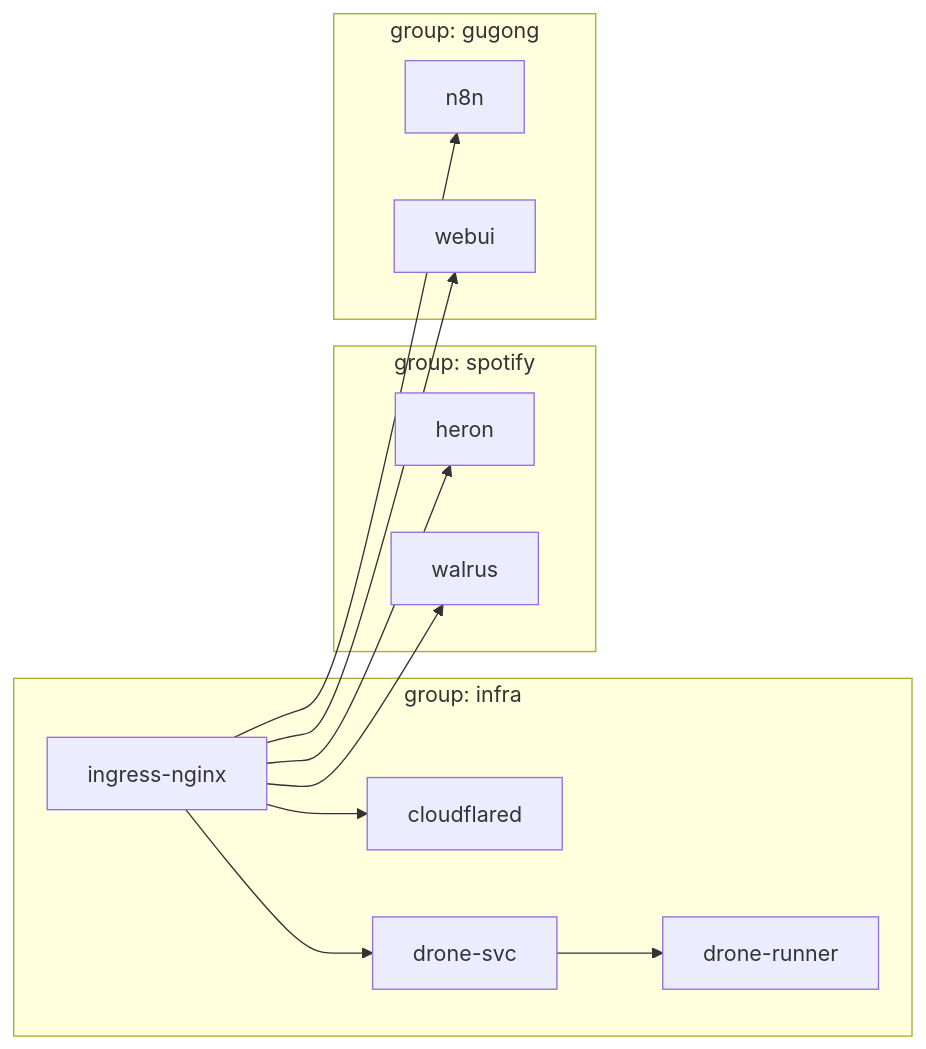
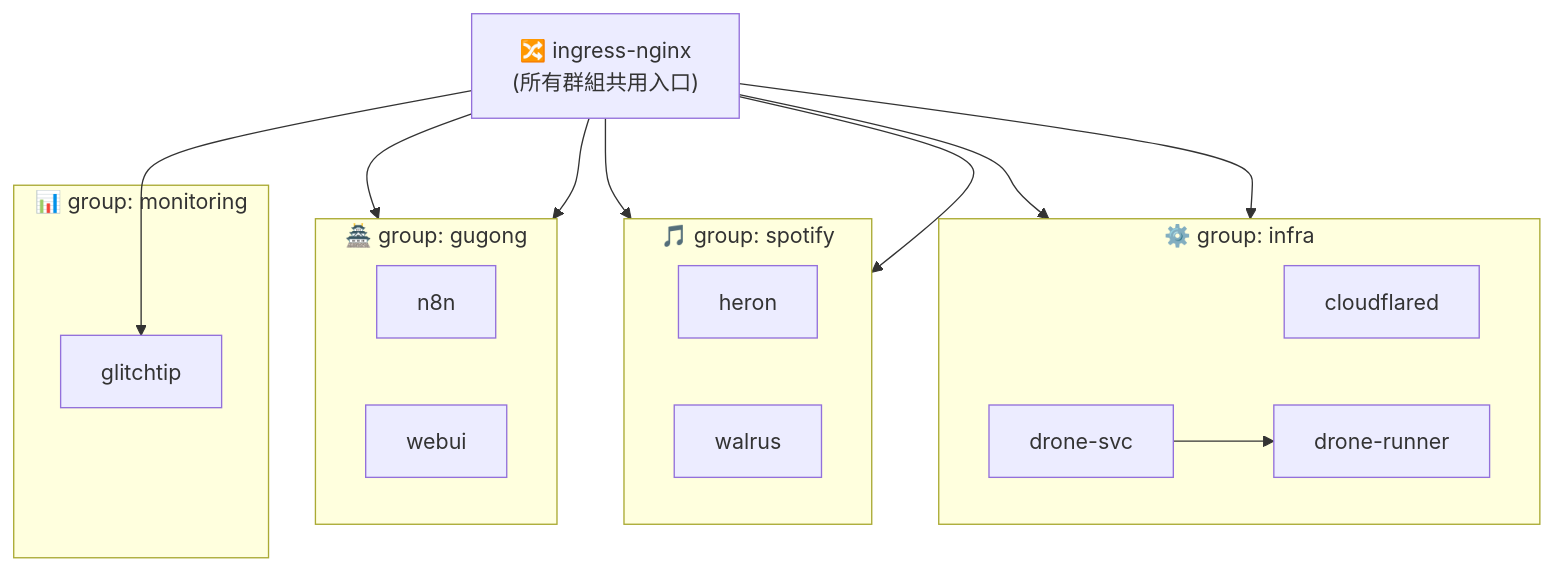
One commit to Lab3-Spotify/dove changed the fourth of 4 diagrams in README.md. Above: the diagram before and after it, drawn with Mermaid. The commit also changed other lines of this file and 25 other files, not shown here.

````diff
--- a/README.md
+++ b/README.md
@@ -145,18 +154,34 @@
 ```mermaid
-graph LR
-    subgraph infra["group: infra"]
-        A[ingress-nginx] --> B[cloudflared]
-        A --> C[drone-svc]
-        C --> D[drone-runner]
+graph TD
+    NGINX["🔀 ingress-nginx\n(所有群組共用入口)"]
+
+    subgraph infra["⚙️ group: infra"]
+        direction LR
+        CF["cloudflared"]
+        DRONE["drone-svc"] --> RUNNER["drone-runner"]
     end
 
-    subgraph spotify["group: spotify"]
-        A --> E[heron]
-        A --> F[walrus]
+    subgraph spotify["🎵 group: spotify"]
+        direction LR
+        HERON["heron"]
+        WALRUS["walrus"]
     end
 
-    subgraph gugong["group: gugong"]
-        A --> G[n8n]
-        A --> H[webui]
+    subgraph gugong["🏯 group: gugong"]
+        direction LR
+        N8N["n8n"]
+        WEBUI["webui"]
     end
+
+    subgraph monitoring["📊 group: monitoring"]
+        GT["glitchtip"]
+    end
+
+    NGINX --> CF
+    NGINX --> DRONE
+    NGINX --> HERON
+    NGINX --> WALRUS
+    NGINX --> N8N
+    NGINX --> WEBUI
+    NGINX --> GT
 ```
````
